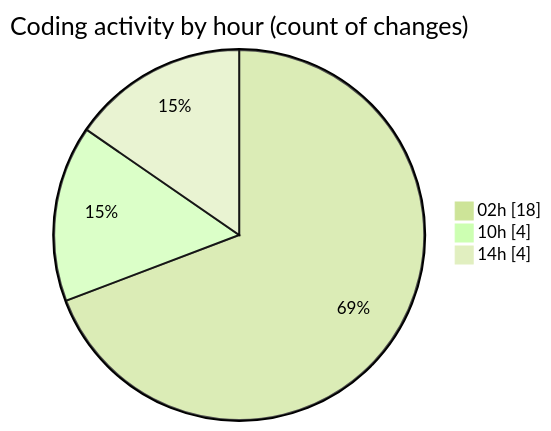
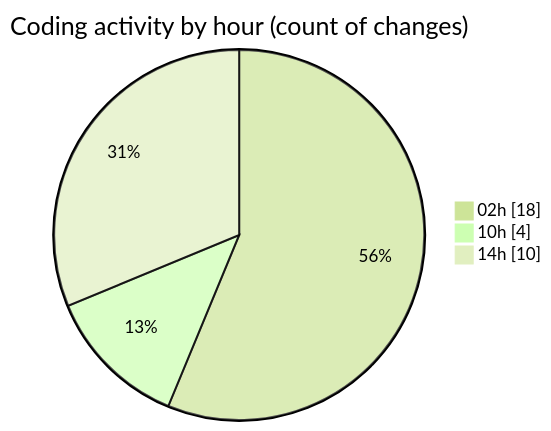
Before and after one commit to julien-gomy/code-tracking: the second of 2 diagrams in 2025-10-15/eventscop-frontend-guide__workspace_/README.md, drawn with Mermaid (forest theme). The commit also changed other lines of this file and 1 other file, not shown here.

````diff
--- a/2025-10-15/eventscop-frontend-guide__workspace_/README.md
+++ b/2025-10-15/eventscop-frontend-guide__workspace_/README.md
@@ -36,7 +39,7 @@
 ```mermaid
 pie showData
 title Coding activity by hour (count of changes)
 "02h" : 18
 "10h" : 4
-"14h" : 4
+"14h" : 10
 ```
````
